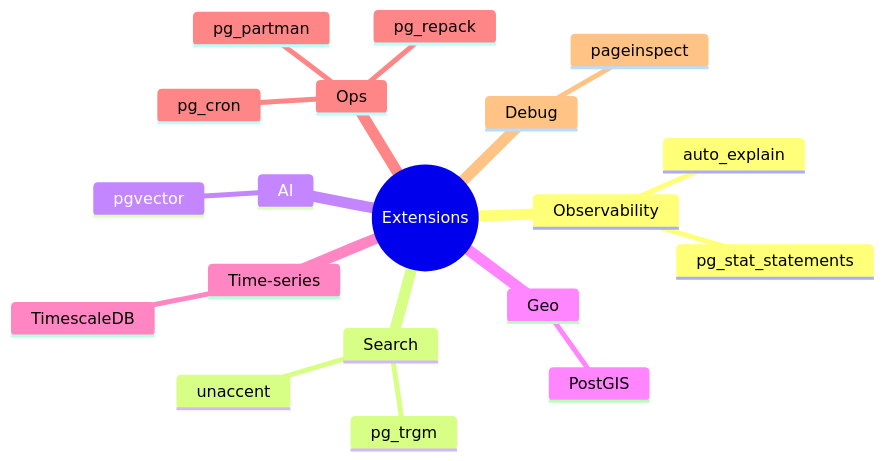
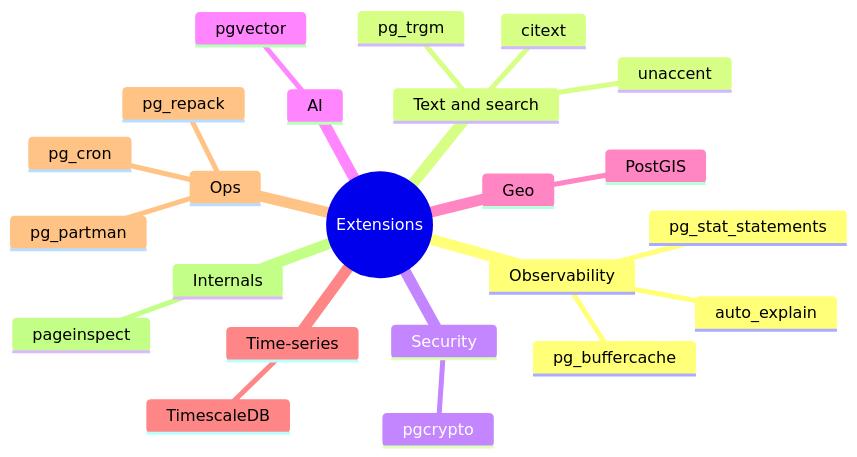
One commit to wesamkhateeb98-creator/postgresql-zero-to-hero changed the diagram in Doc/09-ecosystem/03-extensions.md. Above: the diagram before and after it, drawn with Mermaid. The commit also changed other lines of this file and 29 other files, not shown here.

````diff
--- a/Doc/09-ecosystem/03-extensions.md
+++ b/Doc/09-ecosystem/03-extensions.md
@@ -5,22 +5,26 @@
 ```mermaid
 mindmap
   root((Extensions))
     Observability
       pg_stat_statements
+      pg_buffercache
       auto_explain
-    Search
+    Text and search
       pg_trgm
       unaccent
+      citext
+    Security
+      pgcrypto
     AI
       pgvector
     Geo
       PostGIS
     Time-series
       TimescaleDB
     Ops
       pg_cron
       pg_partman
       pg_repack
-    Debug
+    Internals
       pageinspect
 ```
````
